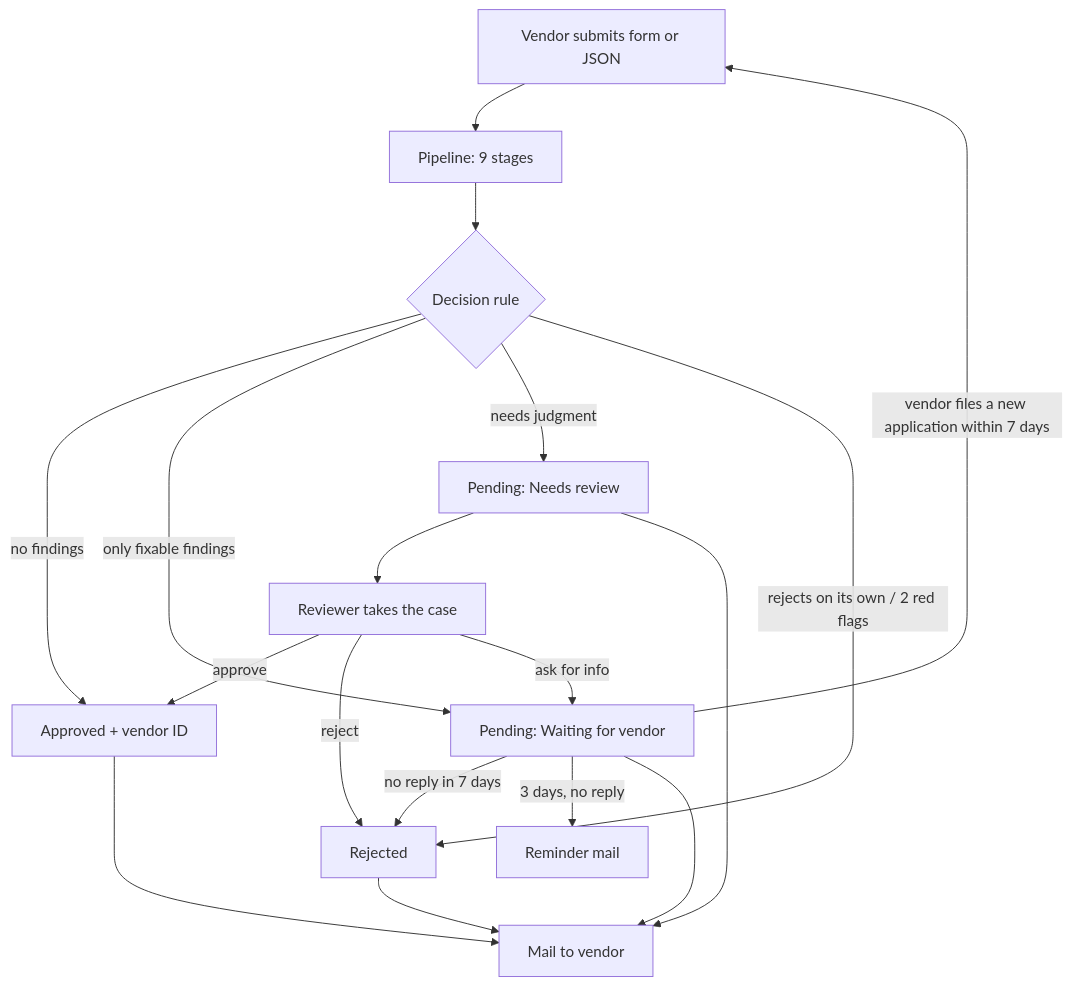
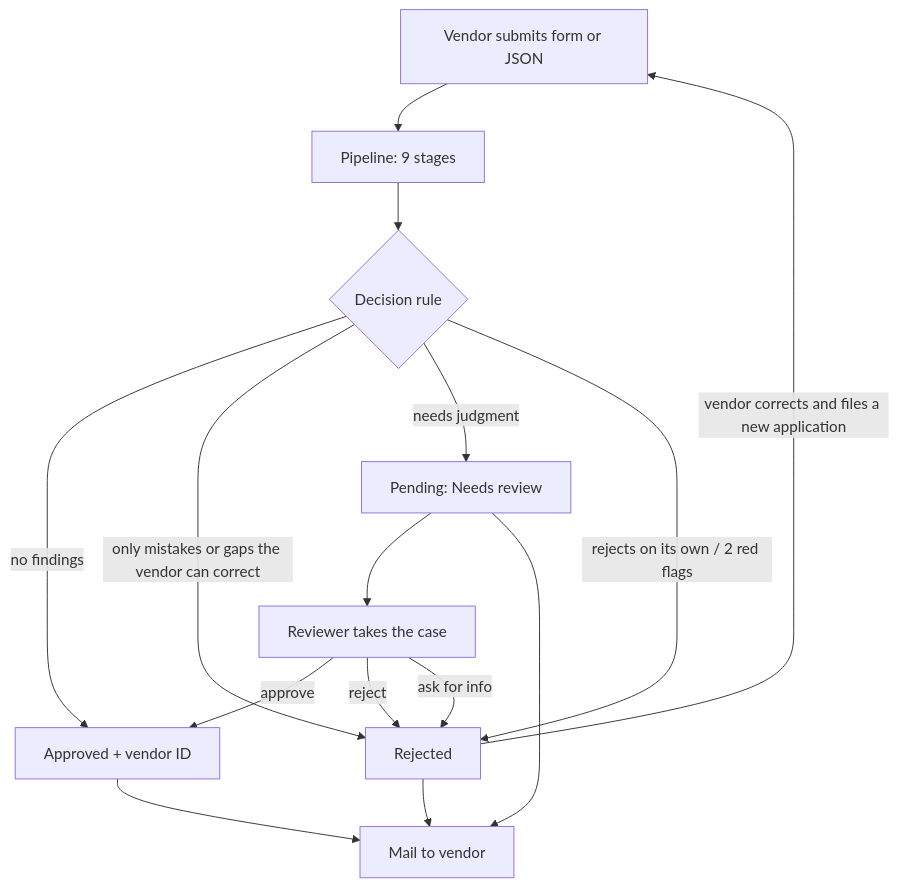
The first of 5 diagrams in docs/WORKFLOW.md (ShubhamK0802/vendor-onboarding-flask), drawn with Mermaid before and after one commit. The commit also changed other lines of this file and 19 other files, not shown here.

First line of the commit message:
One Rejected status: remove the waiting-for-vendor state, timers and reminder mails

````diff
--- a/docs/WORKFLOW.md
+++ b/docs/WORKFLOW.md
@@ -7,20 +7,17 @@
 ```mermaid
 flowchart TD
     A[Vendor submits form or JSON] --> B[Pipeline: 9 stages]
     B --> C{Decision rule}
     C -->|no findings| D[Approved + vendor ID]
-    C -->|only fixable findings| E[Pending: Waiting for vendor]
+    C -->|only mistakes or gaps the vendor can correct| G
     C -->|needs judgment| F[Pending: Needs review]
     C -->|rejects on its own / 2 red flags| G[Rejected]
-    E -->|vendor files a new application within 7 days| A
-    E -->|no reply in 7 days| G
-    E -->|3 days, no reply| R[Reminder mail]
+    G -->|vendor corrects and files a new application| A
     F --> H[Reviewer takes the case]
     H -->|approve| D
     H -->|reject| G
-    H -->|ask for info| E
+    H -->|ask for info| G
     D --> M[Mail to vendor]
-    E --> M
     F --> M
     G --> M
 ```
````
